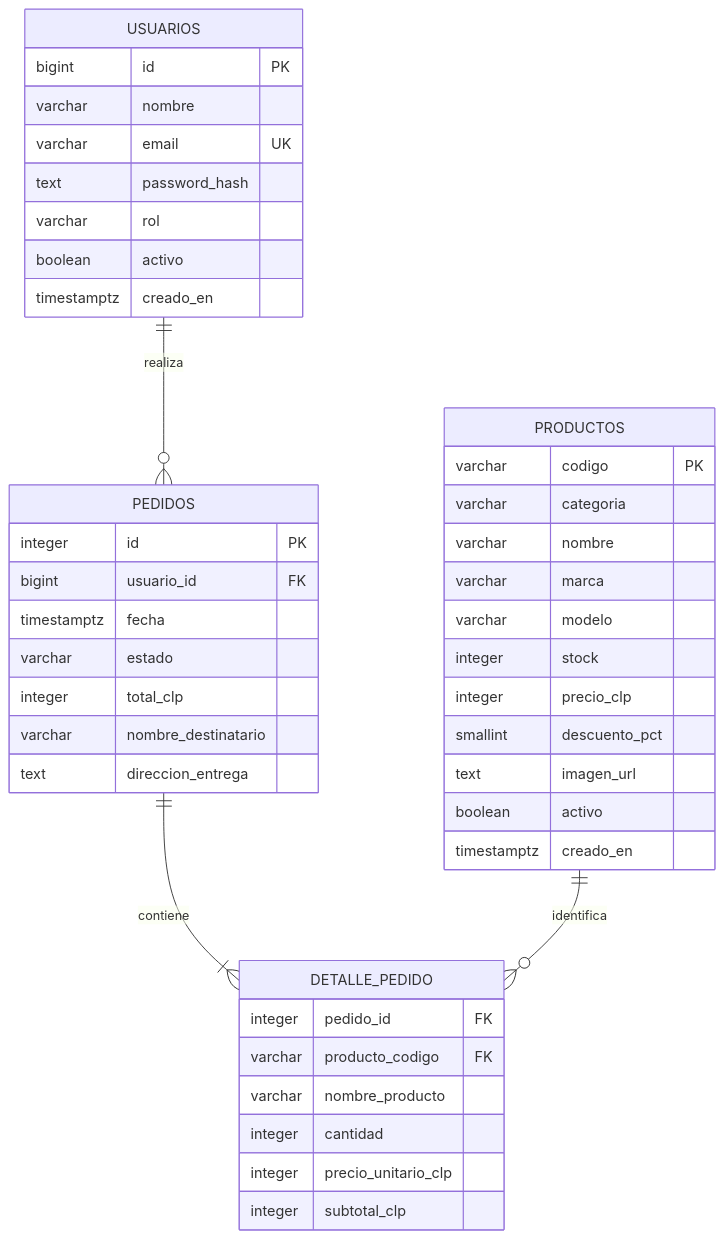
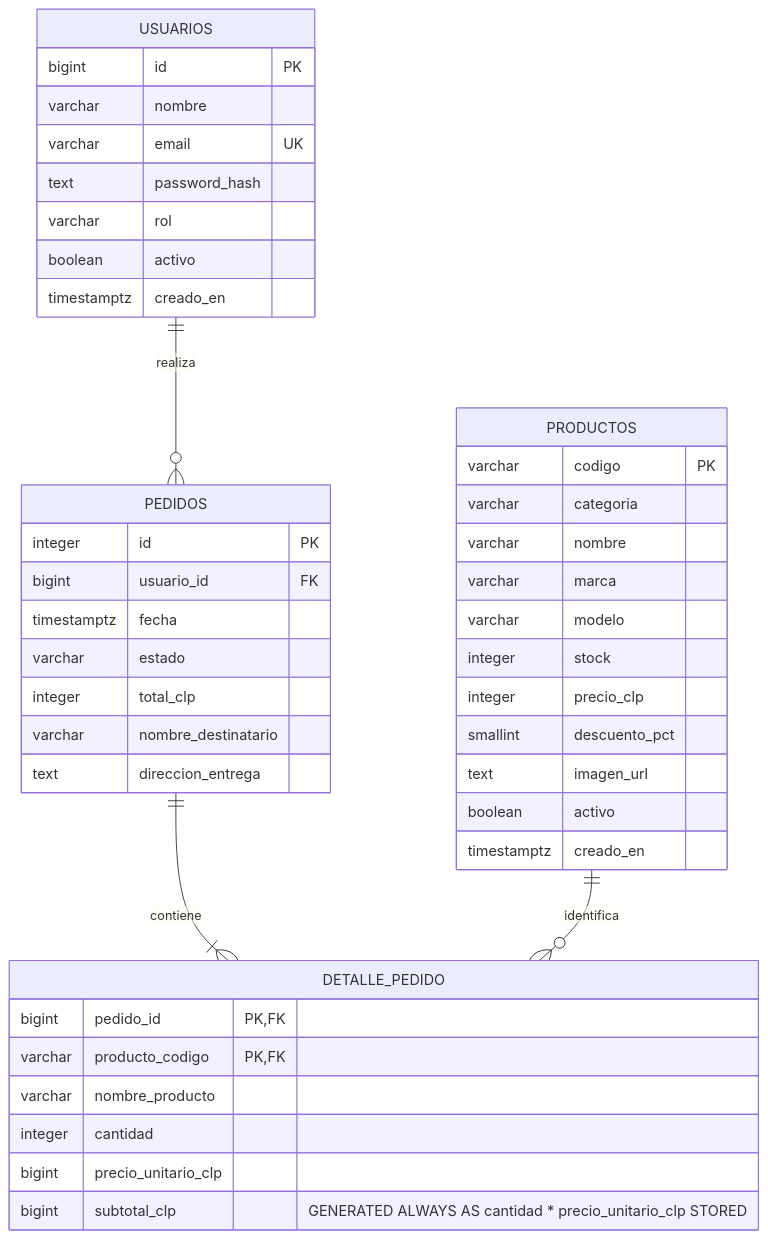
One commit to aaronhernandez2006/sonidovivo-backend changed the first of 2 diagrams in README.md. Above: the diagram before and after it, drawn with Mermaid. The commit also changed other lines of this file, not shown here.

Commit message:
Confirma esquema real del detalle de pedidos

````diff
--- a/README.md
+++ b/README.md
@@ -20,46 +20,46 @@
 ```mermaid
 erDiagram
     USUARIOS ||--o{ PEDIDOS : realiza
     PEDIDOS ||--|{ DETALLE_PEDIDO : contiene
     PRODUCTOS ||--o{ DETALLE_PEDIDO : identifica
 
     USUARIOS {
         bigint id PK
         varchar nombre
         varchar email UK
         text password_hash
         varchar rol
         boolean activo
         timestamptz creado_en
     }
     PRODUCTOS {
         varchar codigo PK
         varchar categoria
         varchar nombre
         varchar marca
         varchar modelo
         integer stock
         integer precio_clp
         smallint descuento_pct
         text imagen_url
         boolean activo
         timestamptz creado_en
     }
     PEDIDOS {
         integer id PK
         bigint usuario_id FK
         timestamptz fecha
         varchar estado
         integer total_clp
         varchar nombre_destinatario
         text direccion_entrega
     }
     DETALLE_PEDIDO {
-        integer pedido_id FK
-        varchar producto_codigo FK
+        bigint pedido_id PK, FK
+        varchar producto_codigo PK, FK
         varchar nombre_producto
         integer cantidad
-        integer precio_unitario_clp
-        integer subtotal_clp
+        bigint precio_unitario_clp
+        bigint subtotal_clp "GENERATED ALWAYS AS cantidad * precio_unitario_clp STORED"
     }
 ```
````
